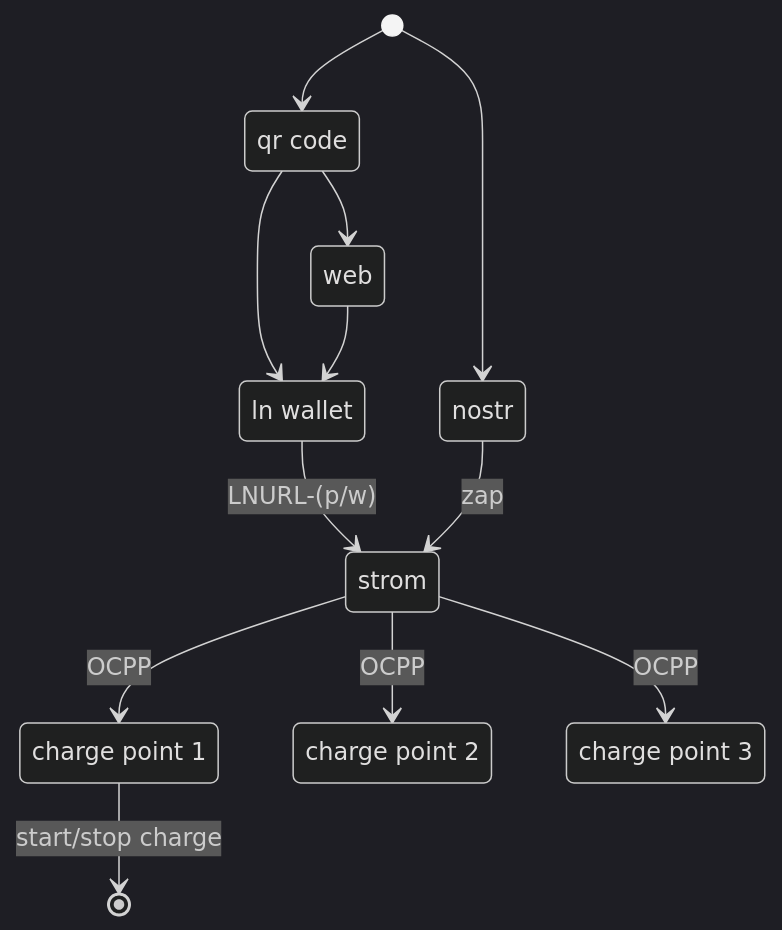
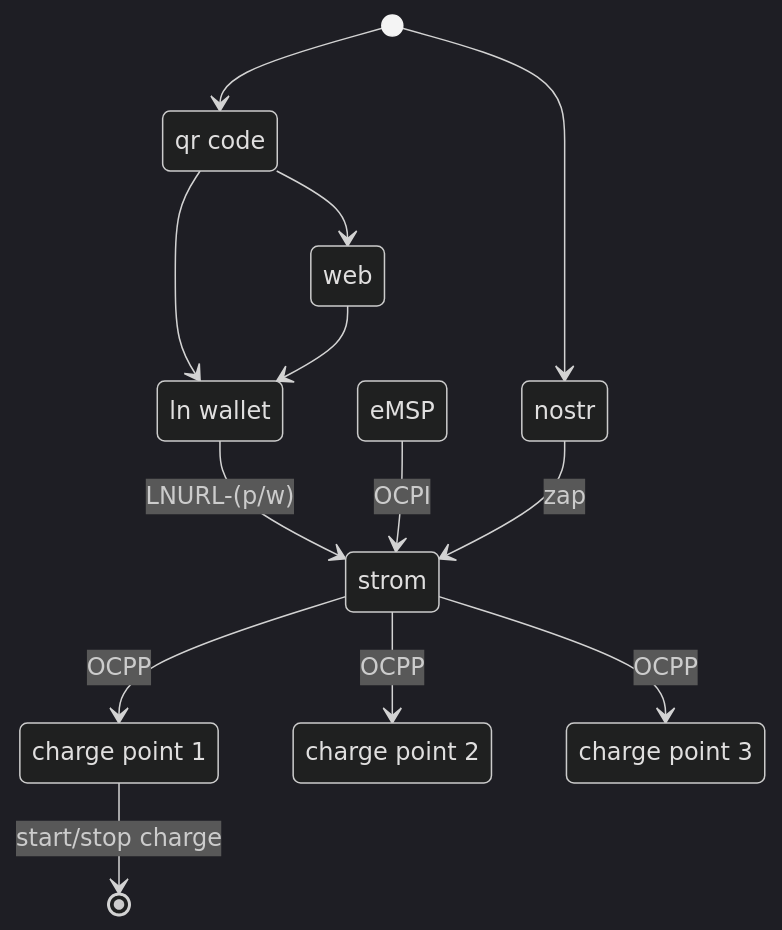
The diagram in README.md (stromenergy/strom), drawn with Mermaid (dark theme) before and after one commit. The commit also changed other lines of this file, not shown here.

Commit message:
Add information about dynamic pricing and OCPI extension

````diff
--- a/README.md
+++ b/README.md
@@ -5,22 +5,25 @@
 ```mermaid
 stateDiagram
     evse1: charge point 1
     evse2: charge point 2
     evse3: charge point 3
     qr: qr code
     wallet: ln wallet
     web: web
 
     [*] --> qr
     qr --> web
     qr --> wallet
     web --> wallet
     wallet --> strom: LNURL-(p/w)
 
+    eMSP --> strom: OCPI
+
     [*] --> nostr
     nostr --> strom: zap 
     strom --> evse1: OCPP
     strom --> evse2: OCPP
     strom --> evse3: OCPP
     evse1 --> [*]: start/stop charge
+
 ```
````
